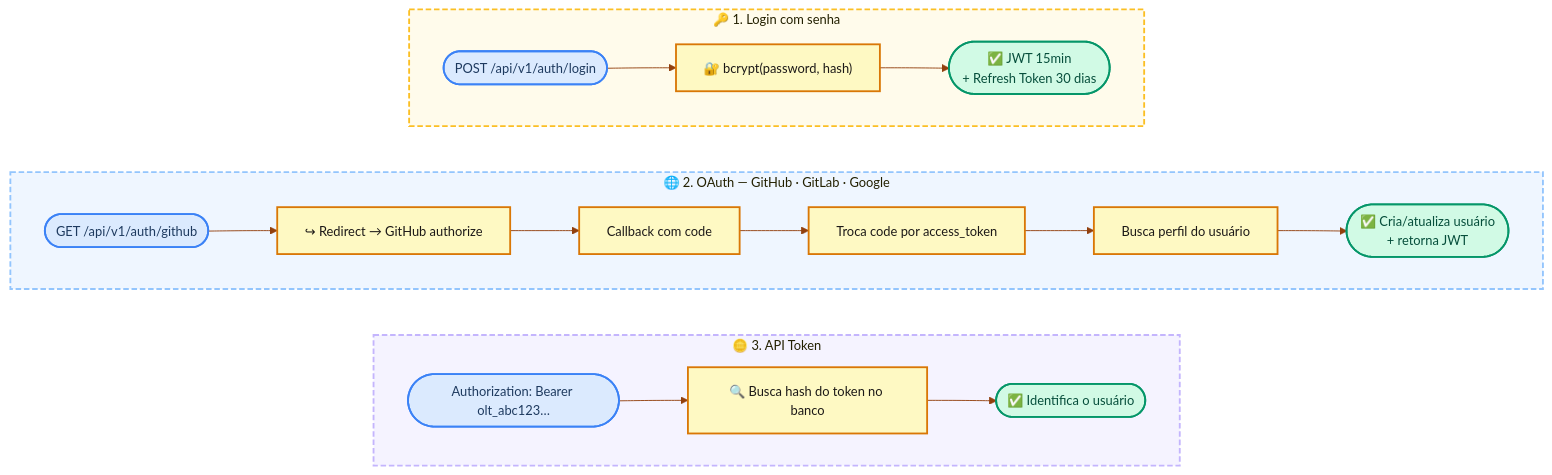
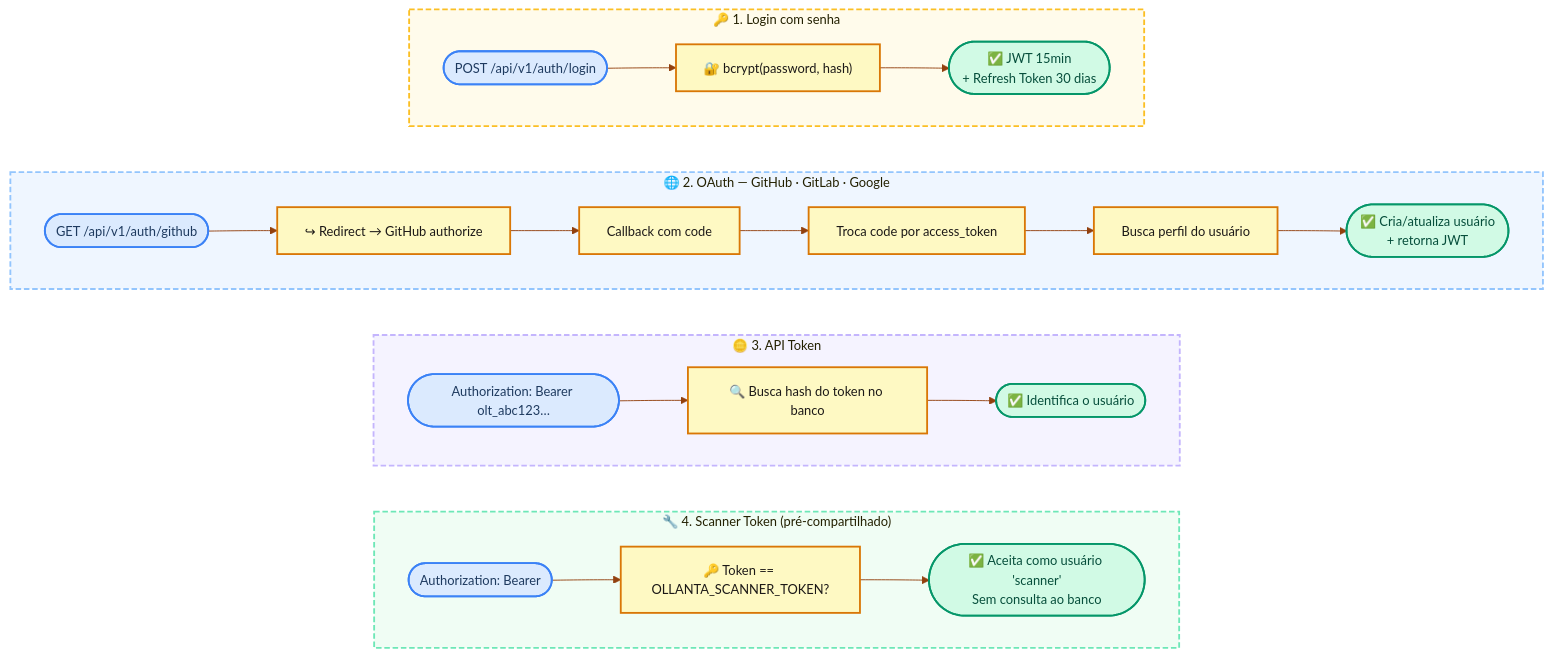
Diagram 13 of 17 in docs/arquitetura.md (scovl/ollanta), drawn with Mermaid before and after one commit. The commit also changed other lines of this file, not shown here.

````diff
--- a/docs/arquitetura.md
+++ b/docs/arquitetura.md
@@ -903,51 +906,61 @@
 ```mermaid
 %%{init: {
   "theme": "base",
   "themeVariables": {
     "primaryColor": "#fef9c3",
     "primaryTextColor": "#1c1917",
     "primaryBorderColor": "#d97706",
     "lineColor": "#92400e",
     "edgeLabelBackground": "#fffbeb",
     "fontFamily": "ui-monospace, monospace",
     "fontSize": "14px",
     "clusterBkg": "#fffbeb",
     "clusterBorder": "#fbbf24"
   }
 }}%%
 graph TB
     subgraph PWD ["  🔑  1. Login com senha  "]
         L1(["POST /api/v1/auth/login"]):::req
         L2["🔐 bcrypt(password, hash)"]:::step
         L3(["✅ JWT 15min\n+ Refresh Token 30 dias"]):::ok
         L1 --> L2 --> L3
     end
 
     subgraph OAUTH ["  🌐  2. OAuth — GitHub · GitLab · Google  "]
         O1(["GET /api/v1/auth/github"]):::req
         O2["↪ Redirect → GitHub authorize"]:::step
         O3["Callback com code"]:::step
         O4["Troca code por access_token"]:::step
         O5["Busca perfil do usuário"]:::step
         O6(["✅ Cria/atualiza usuário\n+ retorna JWT"]):::ok
         O1 --> O2 --> O3 --> O4 --> O5 --> O6
     end
 
     subgraph TOKEN ["  🪙  3. API Token  "]
         T1(["Authorization: Bearer olt_abc123…"]):::req
         T2["🔍 Busca hash do token no banco"]:::step
         T3(["✅ Identifica o usuário"]):::ok
         T1 --> T2 --> T3
     end
 
+    subgraph SCANNER ["  🔧  4. Scanner Token (pré-compartilhado)  "]
+        S1(["Authorization: Bearer <scanner-token>"]):::req
+        S2["🔑 Token == OLLANTA_SCANNER_TOKEN?"]:::step
+        S3(["✅ Aceita como usuário 'scanner'
+Sem consulta ao banco"]):::ok
+        S1 --> S2 --> S3
+    end
+
     classDef req  fill:#dbeafe,stroke:#3b82f6,stroke-width:2px,color:#1e3a5f
     classDef step fill:#fef9c3,stroke:#d97706,stroke-width:2px,color:#1c1917
     classDef ok   fill:#d1fae5,stroke:#059669,stroke-width:2px,color:#064e3b
 
-    style PWD   fill:#fffbeb,stroke:#fbbf24,stroke-width:2px,stroke-dasharray:6 3
-    style OAUTH fill:#eff6ff,stroke:#93c5fd,stroke-width:2px,stroke-dasharray:6 3
-    style TOKEN fill:#f5f3ff,stroke:#c4b5fd,stroke-width:2px,stroke-dasharray:6 3
+    style PWD     fill:#fffbeb,stroke:#fbbf24,stroke-width:2px,stroke-dasharray:6 3
+    style OAUTH   fill:#eff6ff,stroke:#93c5fd,stroke-width:2px,stroke-dasharray:6 3
+    style TOKEN   fill:#f5f3ff,stroke:#c4b5fd,stroke-width:2px,stroke-dasharray:6 3
+    style SCANNER fill:#f0fdf4,stroke:#6ee7b7,stroke-width:2px,stroke-dasharray:6 3
 
     PWD ~~~ OAUTH
     OAUTH ~~~ TOKEN
+    TOKEN ~~~ SCANNER
 ```
````
